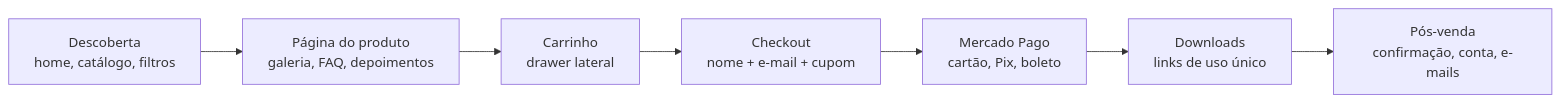
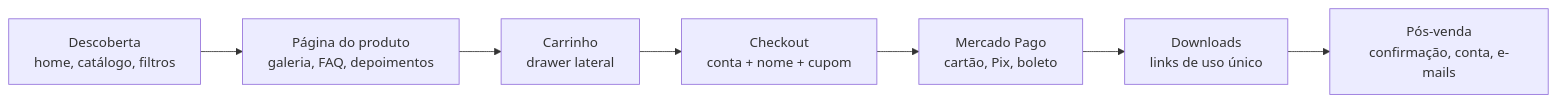
The first of 17 diagrams in docs/05-FLUXOS.md (JoaoLuisC/Atelie-escolar), drawn with Mermaid before and after one commit. The commit also changed other lines of this file and 95 other files, not shown here.

````diff
--- a/docs/05-FLUXOS.md
+++ b/docs/05-FLUXOS.md
@@ -44,9 +44,9 @@
 ```mermaid
 flowchart LR
     A[Descoberta<br/>home, catálogo, filtros] --> B[Página do produto<br/>galeria, FAQ, depoimentos]
     B --> C[Carrinho<br/>drawer lateral]
-    C --> D[Checkout<br/>nome + e-mail + cupom]
+    C --> D[Checkout<br/>conta + nome + cupom]
     D --> E[Mercado Pago<br/>cartão, Pix, boleto]
     E --> F[Downloads<br/>links de uso único]
     F --> G[Pós-venda<br/>confirmação, conta, e-mails]
 ```
````
